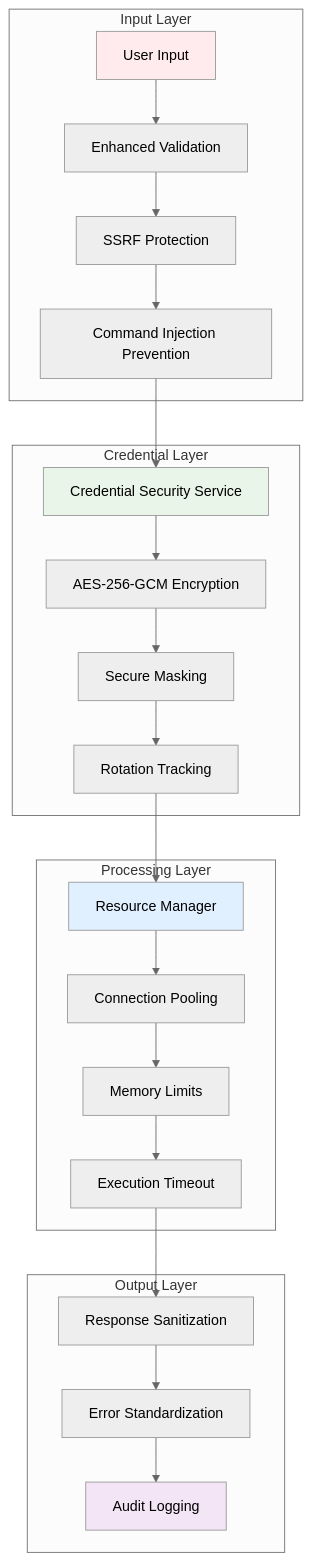
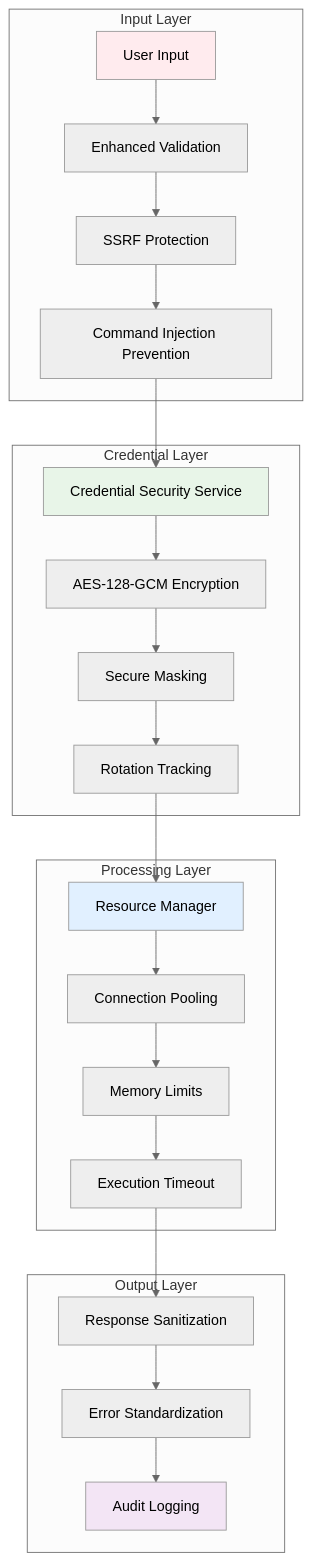
The eighth of 16 diagrams in specs/MONITORING_SYSTEM.md (supercheck-io/supercheck-core), drawn with Mermaid (neutral theme) before and after one commit. The commit also changed other lines of this file and 80 other files, not shown here.

````diff
--- a/specs/MONITORING_SYSTEM.md
+++ b/specs/MONITORING_SYSTEM.md
@@ -544,33 +544,33 @@
 ```mermaid
 graph TB
     subgraph "Input Layer"
         A[User Input] --> B[Enhanced Validation]
         B --> C[SSRF Protection]
         C --> D[Command Injection Prevention]
     end
 
     subgraph "Credential Layer"
         D --> E[Credential Security Service]
-        E --> F[AES-256-GCM Encryption]
+        E --> F[AES-128-GCM Encryption]
         F --> G[Secure Masking]
         G --> H[Rotation Tracking]
     end
 
     subgraph "Processing Layer"
         H --> I[Resource Manager]
         I --> J[Connection Pooling]
         J --> K[Memory Limits]
         K --> L[Execution Timeout]
     end
 
     subgraph "Output Layer"
         L --> M[Response Sanitization]
         M --> N[Error Standardization]
         N --> O[Audit Logging]
     end
 
     style A fill:#ffebee
     style E fill:#e8f5e8
     style I fill:#e1f0ff
     style O fill:#f3e5f5
 ```
````
